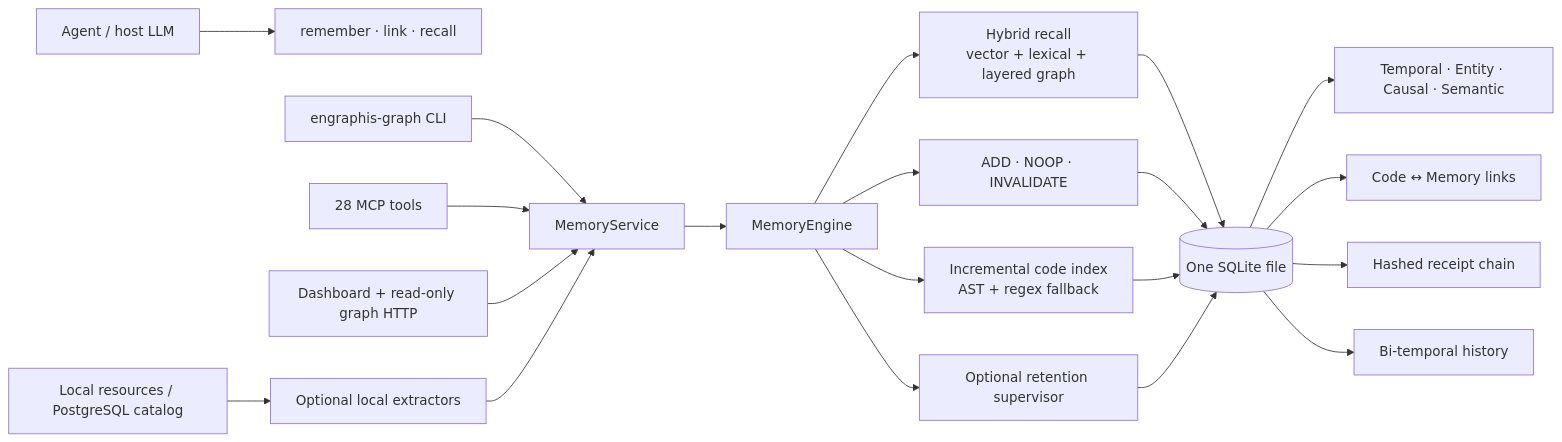
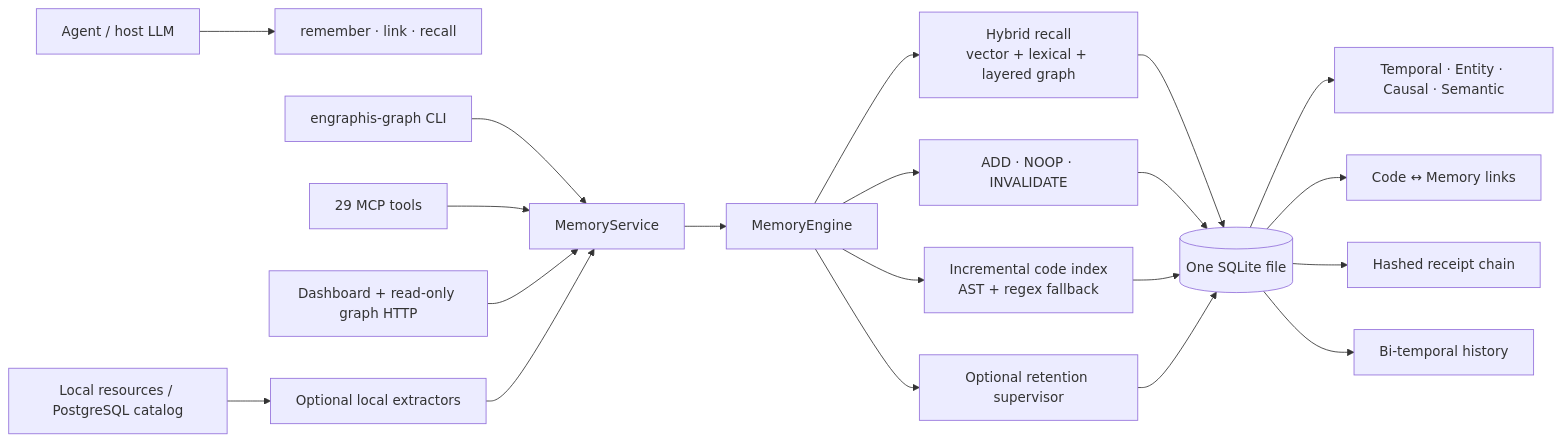
One commit to Coding-Dev-Tools/engraphis changed the diagram in docs/ARCHITECTURE_V3.md. Above: the diagram before and after it, drawn with Mermaid. The commit also changed 34 other files, not shown here.

````diff
--- a/docs/ARCHITECTURE_V3.md
+++ b/docs/ARCHITECTURE_V3.md
@@ -6,25 +6,25 @@
 ```mermaid
 flowchart LR
     Agent["Agent / host LLM"] --> Intent["remember · link · recall"]
     CLI["engraphis-graph CLI"] --> Service["MemoryService"]
-    MCP["28 MCP tools"] --> Service
+    MCP["29 MCP tools"] --> Service
     HTTP["Dashboard + read-only graph HTTP"] --> Service
     Import["Local resources / PostgreSQL catalog"] --> Extractors["Optional local extractors"]
     Extractors --> Service
 
     Service --> Engine["MemoryEngine"]
     Engine --> Recall["Hybrid recall\nvector + lexical + layered graph"]
     Engine --> Resolver["ADD · NOOP · INVALIDATE"]
     Engine --> Code["Incremental code index\nAST + regex fallback"]
     Engine --> Retention["Optional retention supervisor"]
 
     Recall --> SQLite[("One SQLite file")]
     Resolver --> SQLite
     Code --> SQLite
     Retention --> SQLite
 
     SQLite --> Layers["Temporal · Entity · Causal · Semantic"]
     SQLite --> Bridge["Code ↔ Memory links"]
     SQLite --> Receipts["Hashed receipt chain"]
     SQLite --> History["Bi-temporal history"]
 ```
````
